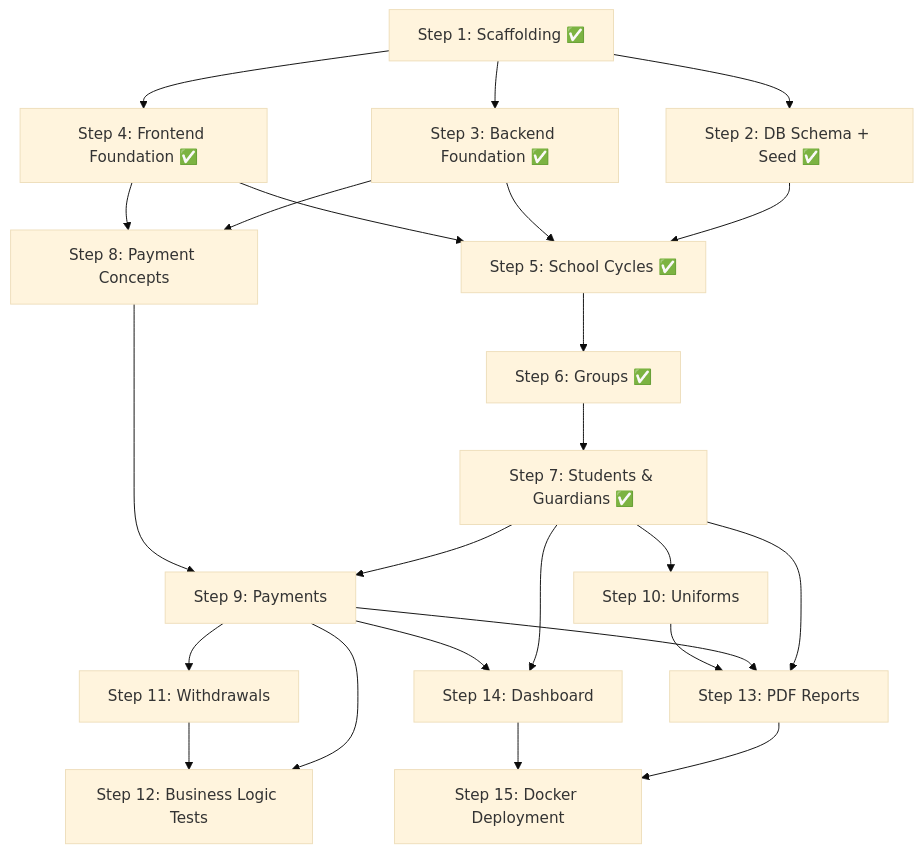
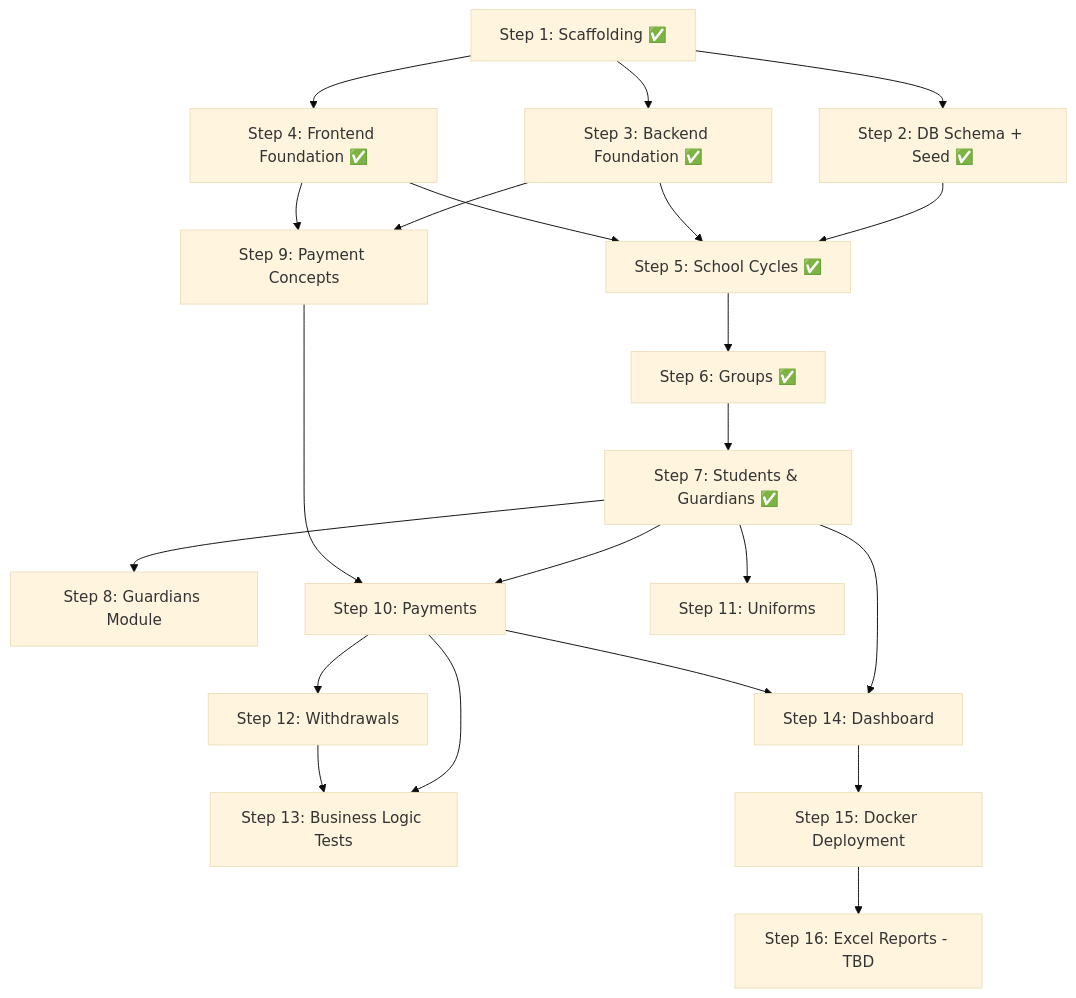
One commit to OmarERz/Sistema_Gestion_Escolar changed the diagram in docs/implementation-plan.md. Above: the diagram before and after it, drawn with Mermaid (base theme). The commit also changed other lines of this file and 2 other files, not shown here.

First line of the commit message:
Update implementation plan: add Guardians Module (Step 8) and Excel Reports (Step 16)

````diff
--- a/docs/implementation-plan.md
+++ b/docs/implementation-plan.md
@@ -385,35 +393,34 @@
 ```mermaid
 graph TD
     S1[Step 1: Scaffolding ✅] --> S2[Step 2: DB Schema + Seed ✅]
     S1 --> S3[Step 3: Backend Foundation ✅]
     S1 --> S4[Step 4: Frontend Foundation ✅]
 
     S2 --> S5[Step 5: School Cycles ✅]
     S3 --> S5
     S4 --> S5
 
     S5 --> S6[Step 6: Groups ✅]
     S6 --> S7[Step 7: Students & Guardians ✅]
 
-    S3 --> S8[Step 8: Payment Concepts]
-    S4 --> S8
+    S7 --> S8[Step 8: Guardians Module]
 
-    S7 --> S9[Step 9: Payments]
-    S8 --> S9
+    S3 --> S9[Step 9: Payment Concepts]
+    S4 --> S9
 
-    S7 --> S10[Step 10: Uniforms]
-    S9 --> S11[Step 11: Withdrawals]
+    S7 --> S10[Step 10: Payments]
+    S9 --> S10
 
-    S9 --> S12[Step 12: Business Logic Tests]
-    S11 --> S12
+    S7 --> S11[Step 11: Uniforms]
+    S10 --> S12[Step 12: Withdrawals]
 
-    S7 --> S13[Step 13: PDF Reports]
-    S9 --> S13
-    S10 --> S13
+    S10 --> S13[Step 13: Business Logic Tests]
+    S12 --> S13
 
     S7 --> S14[Step 14: Dashboard]
-    S9 --> S14
+    S10 --> S14
 
-    S13 --> S15[Step 15: Docker Deployment]
-    S14 --> S15
+    S14 --> S15[Step 15: Docker Deployment]
+
+    S15 --> S16[Step 16: Excel Reports - TBD]
 ```
````
